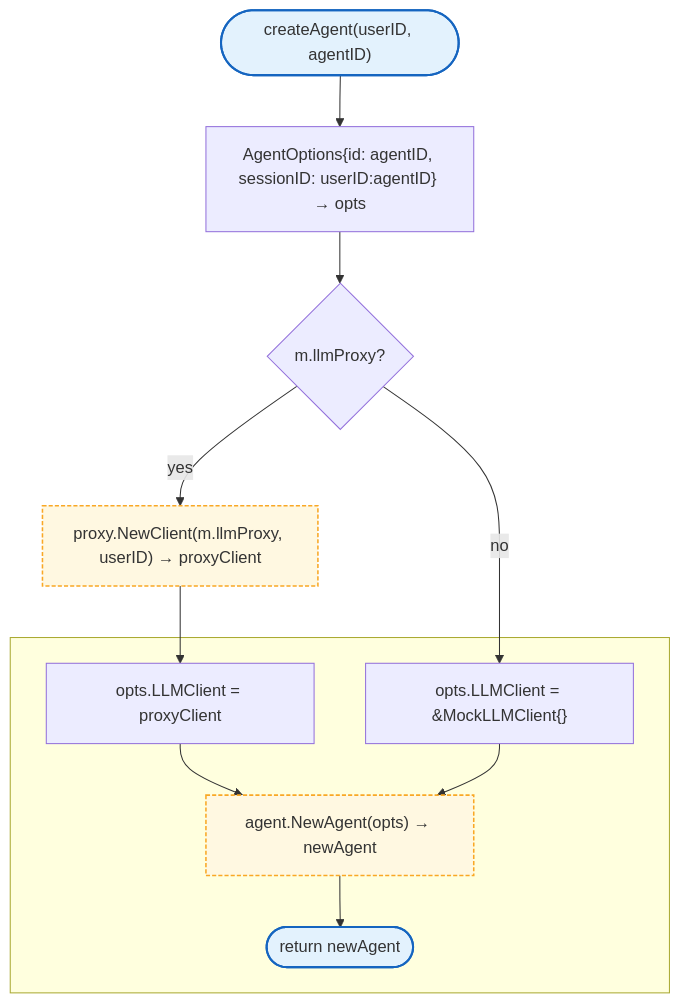
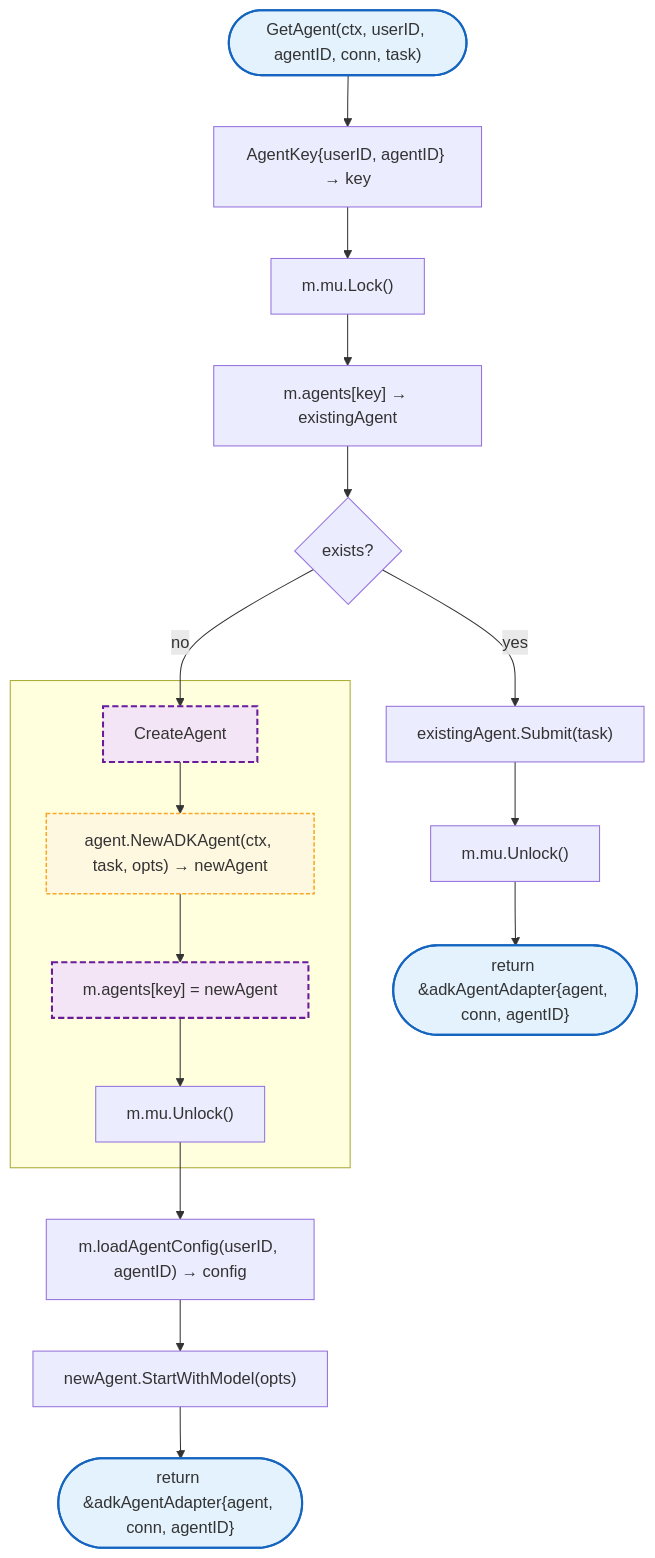
Before and after one commit to radch-ai/ava: diagram 11 of 12 in docs/internal/websocket.md, drawn with Mermaid. The commit also changed other lines of this file and 38 other files, not shown here.

First line of the commit message:
refactor: consolidate agent package into ADKAgent

````diff
--- a/docs/internal/websocket.md
+++ b/docs/internal/websocket.md
@@ -469,23 +447,31 @@
 ```mermaid
 flowchart TB
-    Start(["createAgent(userID, agentID)"]) --> MakeOpts["AgentOptions{id: agentID, sessionID: userID:agentID} → opts"]
-    MakeOpts --> CheckLLMProxy{m.llmProxy?}
-    CheckLLMProxy -->|yes| NewProxyClient["proxy.NewClient(m.llmProxy, userID) → proxyClient"]
-    NewProxyClient --> SetProxyClient["opts.LLMClient = proxyClient"]
-    CheckLLMProxy -->|no| SetMock["opts.LLMClient = &MockLLMClient{}"]
+    Start(["GetAgent(ctx, userID, agentID, conn, task)"]) --> MakeKey["AgentKey{userID, agentID} → key"]
+    MakeKey --> Lock["m.mu.Lock()"]
+    Lock --> GetExisting["m.agents[key] → existingAgent"]
+    GetExisting --> CheckExists{exists?}
+    CheckExists -->|yes| SubmitTask["existingAgent.Submit(task)"]
+    SubmitTask --> Unlock["m.mu.Unlock()"]
+    Unlock --> ReturnAdapter(["return &adkAgentAdapter{agent, conn, agentID}"])
+    CheckExists -->|no| CreateAgent
 
     subgraph SGCreateAgent [" "]
-        SetProxyClient --> NewAgent["agent.NewAgent(opts) → newAgent"]
-        SetMock --> NewAgent
-        NewAgent --> Done(["return newAgent"])
+        CreateAgent --> NewAgent["agent.NewADKAgent(ctx, task, opts) → newAgent"]
+        NewAgent --> StoreAgent["m.agents[key] = newAgent"]
+        StoreAgent --> Unlock2["m.mu.Unlock()"]
     end
 
-    click NewAgent href "../agent/README.md#NewAgent"
+    Unlock2 --> LoadConfig["m.loadAgentConfig(userID, agentID) → config"]
+    LoadConfig --> StartModel["newAgent.StartWithModel(opts)"]
+    StartModel --> ReturnAdapter2(["return &adkAgentAdapter{agent, conn, agentID}"])
+
+    click NewAgent href "../agent/README.md#NewADKAgent"
 
     classDef mainFn fill:#e3f2fd,stroke:#1565c0,stroke-width:2px
     classDef internalFn fill:#f3e5f5,stroke:#6a1b9a,stroke-width:2px,stroke-dasharray:6 3
     classDef localPkgs fill:#fff8e1,stroke:#f9a825,stroke-width:1.5px,stroke-dasharray:4 2
 
-    class Start,Done mainFn
-    class NewAgent,NewProxyClient localPkgs
+    class Start,ReturnAdapter,ReturnAdapter2 mainFn
+    class NewAgent localPkgs
+    class CreateAgent,StoreAgent internalFn
 ```
````
